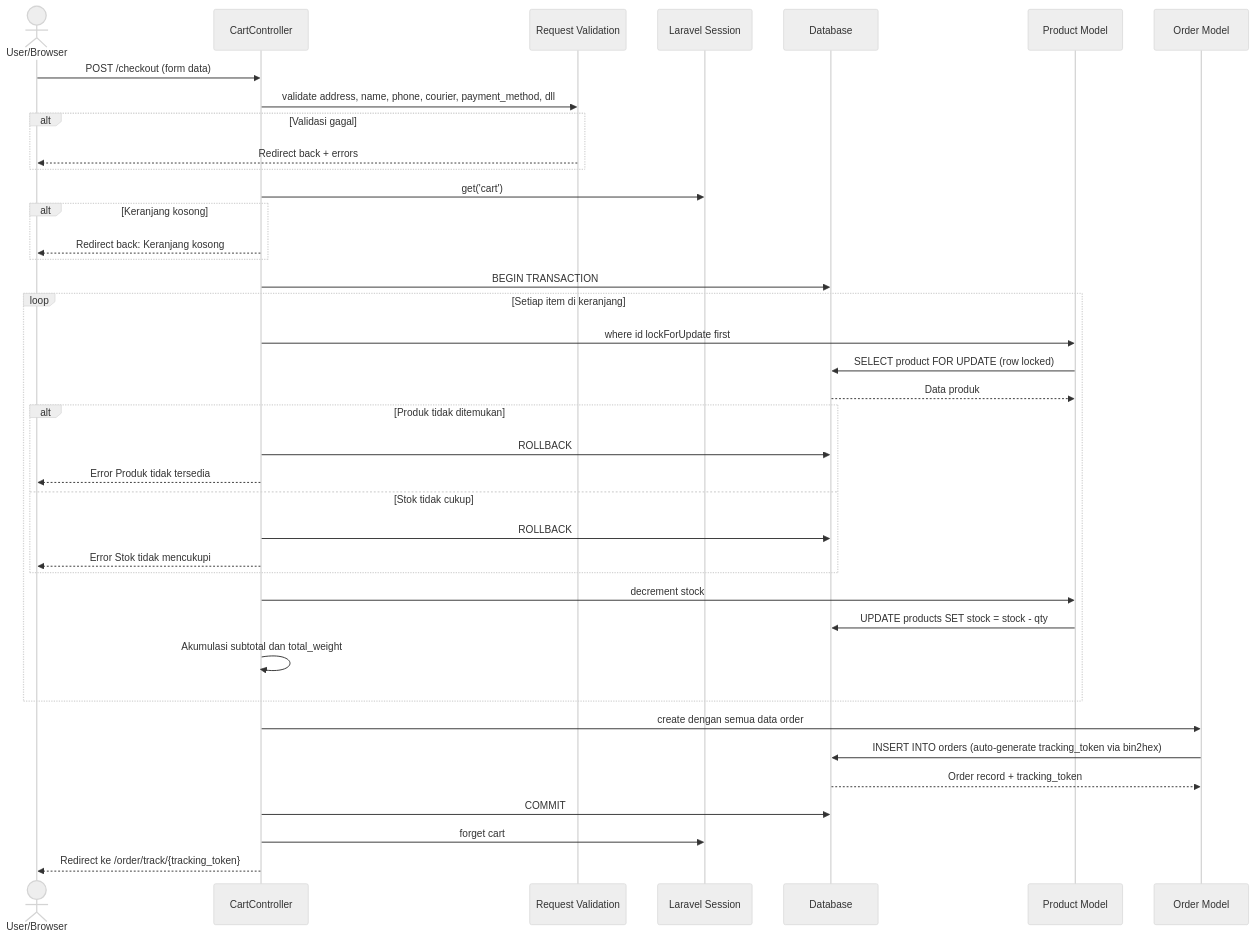
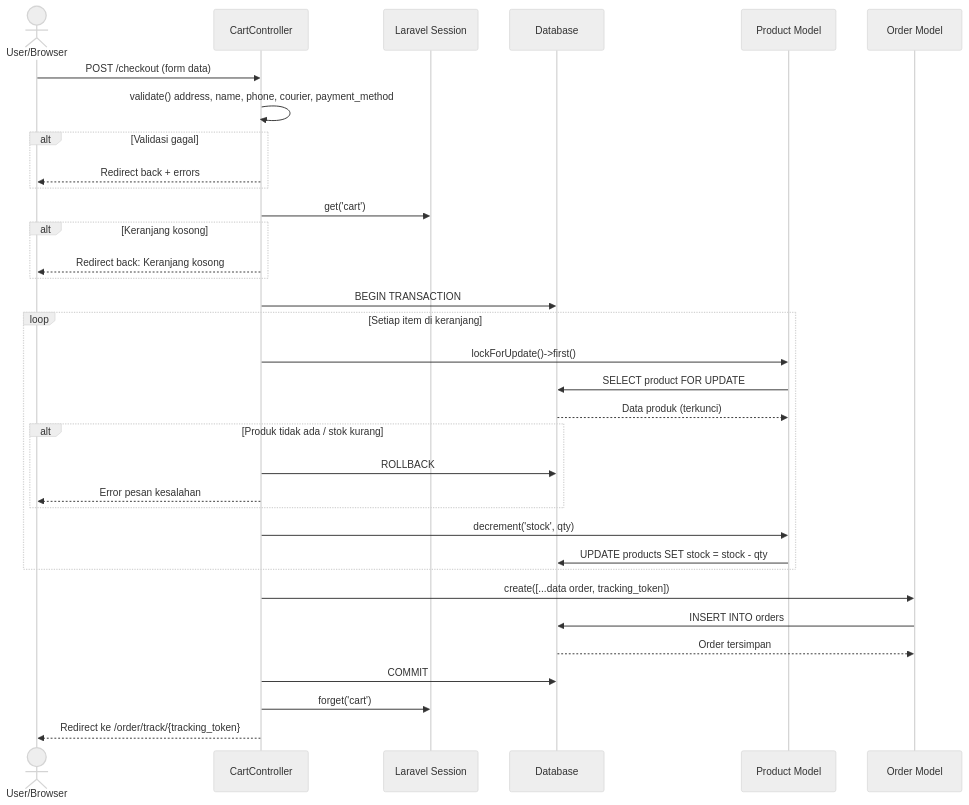
One commit to mustarisyahding07-spec/WEBSITE_SKRIPSI_MUSTARI changed the fifth of 17 diagrams in docs/SEQUENCE_DIAGRAM_DOKUMENTASI.md. Above: the diagram before and after it, drawn with Mermaid (neutral theme). The commit also changed other lines of this file, not shown here.

Commit message:
docs: perbarui penjelasan sequence diagram ke format paragraf akademik

````diff
--- a/docs/SEQUENCE_DIAGRAM_DOKUMENTASI.md
+++ b/docs/SEQUENCE_DIAGRAM_DOKUMENTASI.md
@@ -258,50 +226,37 @@
 ```mermaid
 sequenceDiagram
     actor User as User/Browser
     participant CC as CartController
-    participant Request as Request Validation
     participant Session as Laravel Session
     participant DB as Database
     participant ProductM as Product Model
     participant OrderM as Order Model
 
     User->>CC: POST /checkout (form data)
-    CC->>Request: validate address, name, phone, courier, payment_method, dll
-
+    CC->>CC: validate() address, name, phone, courier, payment_method
     alt Validasi gagal
-        Request-->>User: Redirect back + errors
+        CC-->>User: Redirect back + errors
     end
-
     CC->>Session: get('cart')
     alt Keranjang kosong
         CC-->>User: Redirect back: Keranjang kosong
     end
-
     CC->>DB: BEGIN TRANSACTION
-
     loop Setiap item di keranjang
-        CC->>ProductM: where id lockForUpdate first
-        ProductM->>DB: SELECT product FOR UPDATE (row locked)
-        DB-->>ProductM: Data produk
-
-        alt Produk tidak ditemukan
+        CC->>ProductM: lockForUpdate()->first()
+        ProductM->>DB: SELECT product FOR UPDATE
+        DB-->>ProductM: Data produk (terkunci)
+        alt Produk tidak ada / stok kurang
             CC->>DB: ROLLBACK
-            CC-->>User: Error Produk tidak tersedia
-        else Stok tidak cukup
-            CC->>DB: ROLLBACK
-            CC-->>User: Error Stok tidak mencukupi
+            CC-->>User: Error pesan kesalahan
         end
-
-        CC->>ProductM: decrement stock
+        CC->>ProductM: decrement('stock', qty)
         ProductM->>DB: UPDATE products SET stock = stock - qty
-        CC->>CC: Akumulasi subtotal dan total_weight
     end
-
-    CC->>OrderM: create dengan semua data order
-    OrderM->>DB: INSERT INTO orders (auto-generate tracking_token via bin2hex)
-    DB-->>OrderM: Order record + tracking_token
-
+    CC->>OrderM: create([...data order, tracking_token])
+    OrderM->>DB: INSERT INTO orders
+    DB-->>OrderM: Order tersimpan
     CC->>DB: COMMIT
-    CC->>Session: forget cart
+    CC->>Session: forget('cart')
     CC-->>User: Redirect ke /order/track/{tracking_token}
 ```
````
